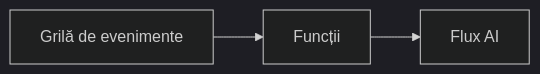
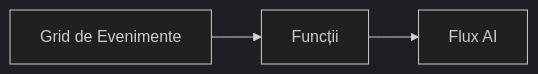
One commit to microsoft/AZD-for-beginners changed the second of 2 diagrams in translations/ro/docs/chapter-08-production/README.md. Above: the diagram before and after it, drawn with Mermaid (dark theme). The commit also changed other lines of this file and 104 other files, not shown here.

````diff
--- a/translations/ro/docs/chapter-08-production/README.md
+++ b/translations/ro/docs/chapter-08-production/README.md
@@ -56,4 +57,4 @@
 ```mermaid
 graph LR
-    EventGrid[Grilă de evenimente] --> Functions[Funcții] --> Pipeline[Flux AI]
+    EventGrid[Grid de Evenimente] --> Functions[Funcții] --> Pipeline[Flux AI]
 ```
````
